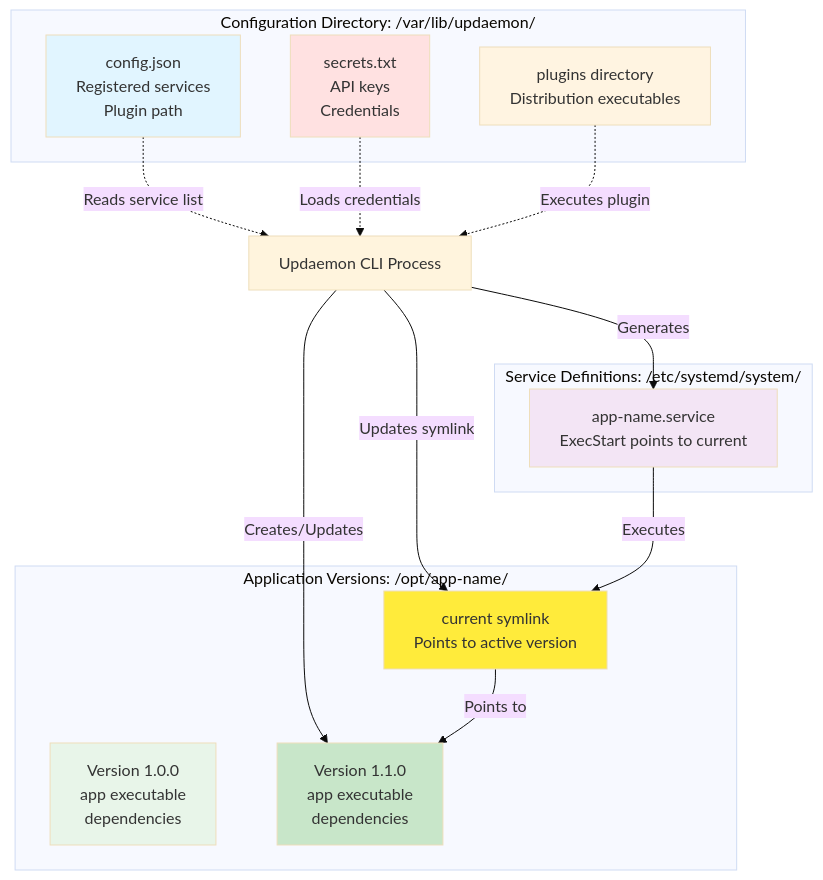
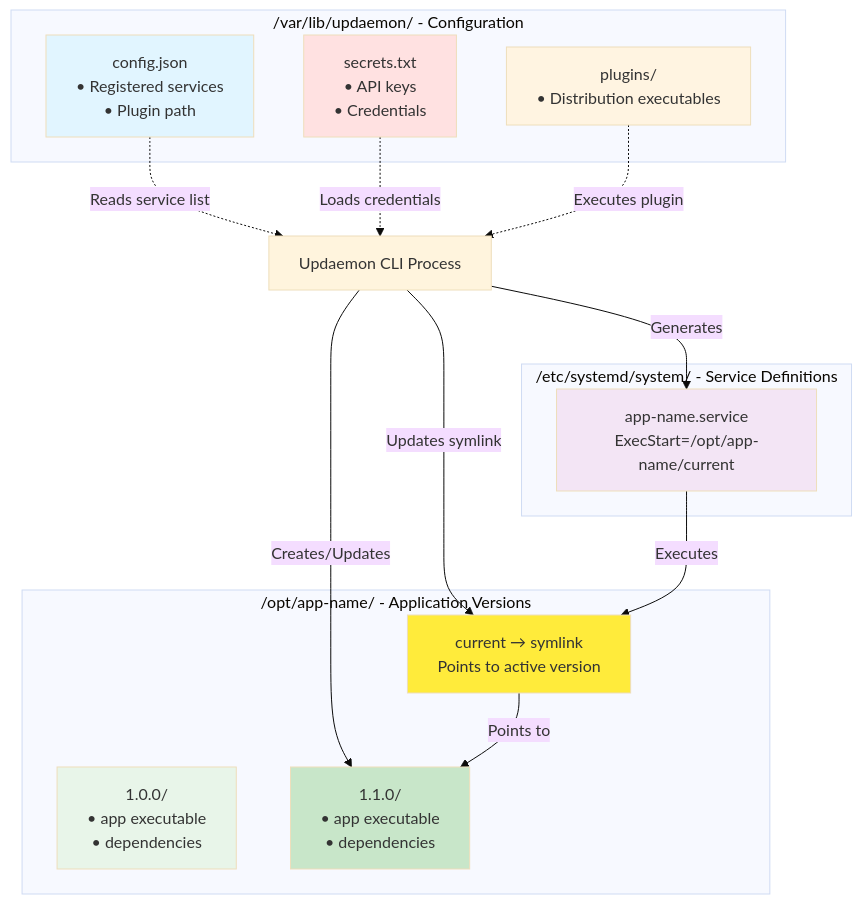
One commit to AdamTovatt/updaemon changed the fourth of 5 diagrams in README.md. Above: the diagram before and after it, drawn with Mermaid (base theme). The commit also changed other lines of this file, not shown here.

Commit message:
fix mermaid error

````diff
--- a/README.md
+++ b/README.md
@@ -141,37 +156,37 @@
 ```mermaid
 graph TB
-    subgraph config["Configuration Directory: /var/lib/updaemon/"]
-        ConfigJson[config.json<br/>Registered services<br/>Plugin path]
-        SecretsFile[secrets.txt<br/>API keys<br/>Credentials]
-        PluginsDir[plugins directory<br/>Distribution executables]
+    subgraph "/var/lib/updaemon/ - Configuration"
+        ConfigJson["config.json<br/>• Registered services<br/>• Plugin path"]
+        SecretsFile["secrets.txt<br/>• API keys<br/>• Credentials"]
+        PluginsDir["plugins/<br/>• Distribution executables"]
     end
     
-    subgraph apps["Application Versions: /opt/app-name/"]
-        V100[Version 1.0.0<br/>app executable<br/>dependencies]
-        V110[Version 1.1.0<br/>app executable<br/>dependencies]
-        Current[current symlink<br/>Points to active version]
+    subgraph "/opt/app-name/ - Application Versions"
+        V100["1.0.0/<br/>• app executable<br/>• dependencies"]
+        V110["1.1.0/<br/>• app executable<br/>• dependencies"]
+        Current["current → symlink<br/>Points to active version"]
     end
     
-    subgraph systemd["Service Definitions: /etc/systemd/system/"]
-        UnitFile[app-name.service<br/>ExecStart points to current]
+    subgraph "/etc/systemd/system/ - Service Definitions"
+        UnitFile["app-name.service<br/>ExecStart=/opt/app-name/current"]
     end
     
     ConfigJson -.->|Reads service list| Updaemon[Updaemon CLI Process]
     SecretsFile -.->|Loads credentials| Updaemon
     PluginsDir -.->|Executes plugin| Updaemon
     
     Updaemon -->|Creates/Updates| V110
     Updaemon -->|Updates symlink| Current
     Updaemon -->|Generates| UnitFile
     
     UnitFile -->|Executes| Current
     Current -->|Points to| V110
     
     style ConfigJson fill:#e1f5ff
     style SecretsFile fill:#ffe1e1
     style PluginsDir fill:#fff4e1
     style V100 fill:#e8f5e9
     style V110 fill:#c8e6c9
     style Current fill:#ffeb3b
     style UnitFile fill:#f3e5f5
 ```
````
